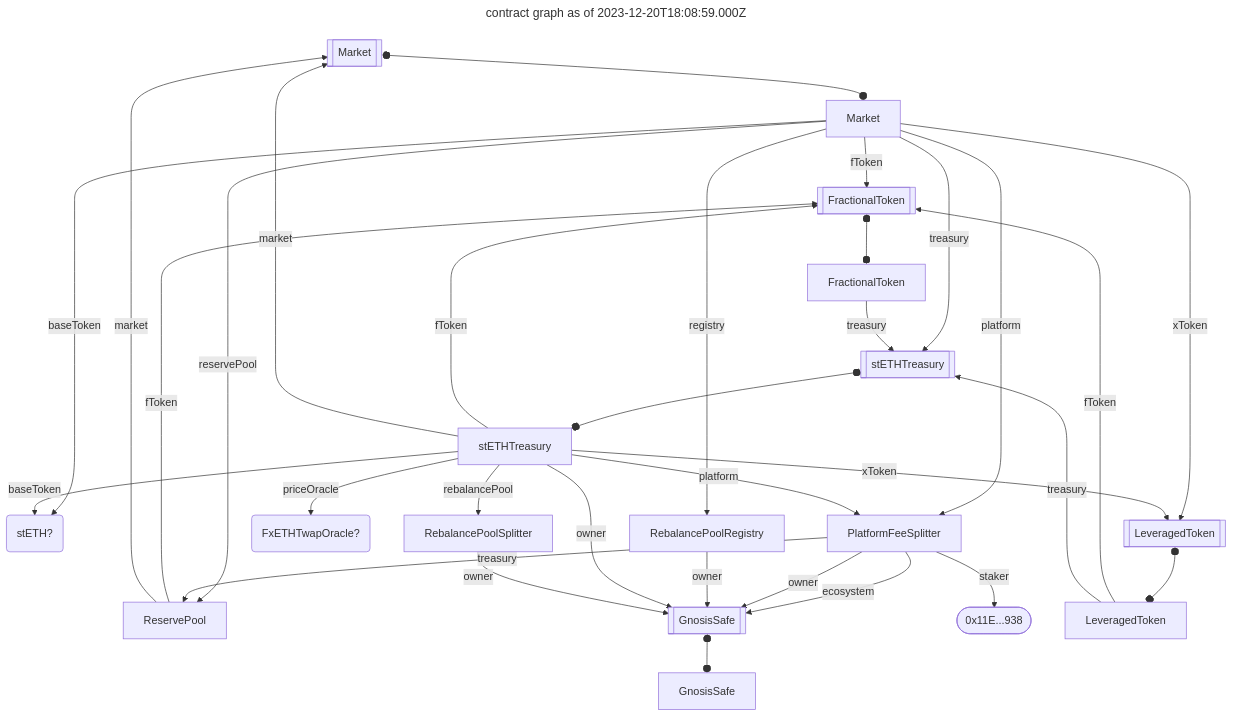
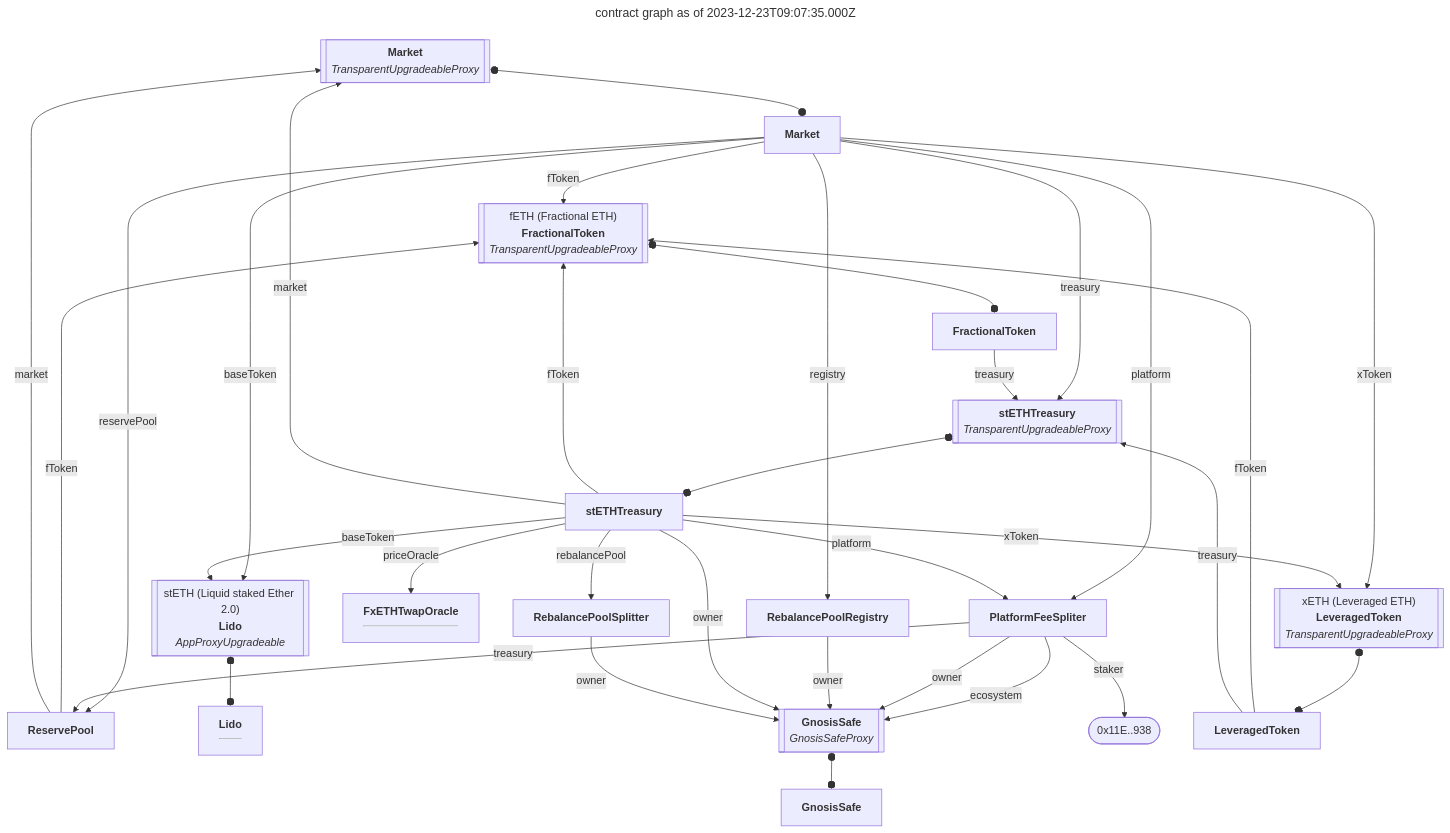
Before and after one commit to rootminus0x1/eat: the diagram in graph.md, drawn with Mermaid. The commit also changed 1 other file, not shown here.

Commit message:
added etherscan http data and erc20 names/symbols

````diff
--- a/graph.md
+++ b/graph.md
@@ -1,12 +1,12 @@
 ```mermaid
 ---
-title: contract graph as of 2023-12-20T18:08:59.000Z
+title: contract graph as of 2023-12-23T09:07:35.000Z
 ---
 flowchart TB
 
-0xe7b9c7c9cA85340b8c06fb805f7775e3015108dB[[Market]]:::contract
+0xe7b9c7c9cA85340b8c06fb805f7775e3015108dB[["<b>Market</b><br><i>TransparentUpgradeableProxy</i>"]]:::contract
 click 0xe7b9c7c9cA85340b8c06fb805f7775e3015108dB "https://etherscan.io/address/0xe7b9c7c9cA85340b8c06fb805f7775e3015108dB#code"
-0x679de4a3836d916fc86c6d9944c98a694f68adb4[Market]:::contract
+0x679de4a3836d916fc86c6d9944c98a694f68adb4["<b>Market</b>"]:::contract
 click 0x679de4a3836d916fc86c6d9944c98a694f68adb4 "https://etherscan.io/address/0x679de4a3836d916fc86c6d9944c98a694f68adb4#code"
 0xe7b9c7c9cA85340b8c06fb805f7775e3015108dB o--o 0x679de4a3836d916fc86c6d9944c98a694f68adb4
 
@@ -24,18 +24,21 @@
 
 0x679de4a3836d916fc86c6d9944c98a694f68adb4 -- xToken --> 0xe063F04f280c60aECa68b38341C2eEcBeC703ae2
 
-0xae7ab96520DE3A18E5e111B5EaAb095312D7fE84(stETH?):::address
-click 0xae7ab96520DE3A18E5e111B5EaAb095312D7fE84 "https://etherscan.io/address/0xae7ab96520DE3A18E5e111B5EaAb095312D7fE84"
+0xae7ab96520DE3A18E5e111B5EaAb095312D7fE84[["stETH (Liquid staked Ether 2.0)<br><b>Lido</b><br><i>AppProxyUpgradeable</i>"]]:::contract
+click 0xae7ab96520DE3A18E5e111B5EaAb095312D7fE84 "https://etherscan.io/address/0xae7ab96520DE3A18E5e111B5EaAb095312D7fE84#code"
+0x17144556fd3424edc8fc8a4c940b2d04936d17eb["<b>Lido</b><br><hr>"]:::contract
+click 0x17144556fd3424edc8fc8a4c940b2d04936d17eb "https://etherscan.io/address/0x17144556fd3424edc8fc8a4c940b2d04936d17eb#code"
+0xae7ab96520DE3A18E5e111B5EaAb095312D7fE84 o--o 0x17144556fd3424edc8fc8a4c940b2d04936d17eb
 
-0x53805A76E1f5ebbFE7115F16f9c87C2f7e633726[[FractionalToken]]:::contract
+0x53805A76E1f5ebbFE7115F16f9c87C2f7e633726[["fETH (Fractional ETH)<br><b>FractionalToken</b><br><i>TransparentUpgradeableProxy</i>"]]:::contract
 click 0x53805A76E1f5ebbFE7115F16f9c87C2f7e633726 "https://etherscan.io/address/0x53805A76E1f5ebbFE7115F16f9c87C2f7e633726#code"
-0x2a906eab9b088e6753670bc8d3840f9473745748[FractionalToken]:::contract
+0x2a906eab9b088e6753670bc8d3840f9473745748["<b>FractionalToken</b>"]:::contract
 click 0x2a906eab9b088e6753670bc8d3840f9473745748 "https://etherscan.io/address/0x2a906eab9b088e6753670bc8d3840f9473745748#code"
 0x53805A76E1f5ebbFE7115F16f9c87C2f7e633726 o--o 0x2a906eab9b088e6753670bc8d3840f9473745748
 
 0x2a906eab9b088e6753670bc8d3840f9473745748 -- treasury --> 0x0e5CAA5c889Bdf053c9A76395f62267E653AFbb0
 
-0x0084C2e1B1823564e597Ff4848a88D61ac63D703[PlatformFeeSplitter]:::contract
+0x0084C2e1B1823564e597Ff4848a88D61ac63D703["<b>PlatformFeeSpliter</b>"]:::contract
 click 0x0084C2e1B1823564e597Ff4848a88D61ac63D703 "https://etherscan.io/address/0x0084C2e1B1823564e597Ff4848a88D61ac63D703#code"
 
 0x0084C2e1B1823564e597Ff4848a88D61ac63D703 -- ecosystem --> 0x26B2ec4E02ebe2F54583af25b647b1D619e67BbF
@@ -46,21 +49,21 @@
 
 0x0084C2e1B1823564e597Ff4848a88D61ac63D703 -- treasury --> 0x5d0Aacf75116d1645Db2B3d1Ca4b303ef0CA3752
 
-0x4eEfea49e4D876599765d5375cF7314cD14C9d38[RebalancePoolRegistry]:::contract
+0x4eEfea49e4D876599765d5375cF7314cD14C9d38["<b>RebalancePoolRegistry</b>"]:::contract
 click 0x4eEfea49e4D876599765d5375cF7314cD14C9d38 "https://etherscan.io/address/0x4eEfea49e4D876599765d5375cF7314cD14C9d38#code"
 
 0x4eEfea49e4D876599765d5375cF7314cD14C9d38 -- owner --> 0x26B2ec4E02ebe2F54583af25b647b1D619e67BbF
 
-0x5d0Aacf75116d1645Db2B3d1Ca4b303ef0CA3752[ReservePool]:::contract
+0x5d0Aacf75116d1645Db2B3d1Ca4b303ef0CA3752["<b>ReservePool</b>"]:::contract
 click 0x5d0Aacf75116d1645Db2B3d1Ca4b303ef0CA3752 "https://etherscan.io/address/0x5d0Aacf75116d1645Db2B3d1Ca4b303ef0CA3752#code"
 
 0x5d0Aacf75116d1645Db2B3d1Ca4b303ef0CA3752 -- fToken --> 0x53805A76E1f5ebbFE7115F16f9c87C2f7e633726
 
 0x5d0Aacf75116d1645Db2B3d1Ca4b303ef0CA3752 -- market --> 0xe7b9c7c9cA85340b8c06fb805f7775e3015108dB
 
-0x0e5CAA5c889Bdf053c9A76395f62267E653AFbb0[[stETHTreasury]]:::contract
+0x0e5CAA5c889Bdf053c9A76395f62267E653AFbb0[["<b>stETHTreasury</b><br><i>TransparentUpgradeableProxy</i>"]]:::contract
 click 0x0e5CAA5c889Bdf053c9A76395f62267E653AFbb0 "https://etherscan.io/address/0x0e5CAA5c889Bdf053c9A76395f62267E653AFbb0#code"
-0x969fcabb703052155c4cc3b24458e77b2d56b29a[stETHTreasury]:::contract
+0x969fcabb703052155c4cc3b24458e77b2d56b29a["<b>stETHTreasury</b>"]:::contract
 click 0x969fcabb703052155c4cc3b24458e77b2d56b29a "https://etherscan.io/address/0x969fcabb703052155c4cc3b24458e77b2d56b29a#code"
 0x0e5CAA5c889Bdf053c9A76395f62267E653AFbb0 o--o 0x969fcabb703052155c4cc3b24458e77b2d56b29a
 
@@ -80,9 +83,9 @@
 
 0x969fcabb703052155c4cc3b24458e77b2d56b29a -- xToken --> 0xe063F04f280c60aECa68b38341C2eEcBeC703ae2
 
-0xe063F04f280c60aECa68b38341C2eEcBeC703ae2[[LeveragedToken]]:::contract
+0xe063F04f280c60aECa68b38341C2eEcBeC703ae2[["xETH (Leveraged ETH)<br><b>LeveragedToken</b><br><i>TransparentUpgradeableProxy</i>"]]:::contract
 click 0xe063F04f280c60aECa68b38341C2eEcBeC703ae2 "https://etherscan.io/address/0xe063F04f280c60aECa68b38341C2eEcBeC703ae2#code"
-0x92d0cb7e56806bf977e7f5296ea2fe84b475fe83[LeveragedToken]:::contract
+0x92d0cb7e56806bf977e7f5296ea2fe84b475fe83["<b>LeveragedToken</b>"]:::contract
 click 0x92d0cb7e56806bf977e7f5296ea2fe84b475fe83 "https://etherscan.io/address/0x92d0cb7e56806bf977e7f5296ea2fe84b475fe83#code"
 0xe063F04f280c60aECa68b38341C2eEcBeC703ae2 o--o 0x92d0cb7e56806bf977e7f5296ea2fe84b475fe83
 
@@ -90,22 +93,22 @@
 
 0x92d0cb7e56806bf977e7f5296ea2fe84b475fe83 -- treasury --> 0x0e5CAA5c889Bdf053c9A76395f62267E653AFbb0
 
-0xa84360896cE9152d1780c546305BB54125F962d9(FxETHTwapOracle?):::address
-click 0xa84360896cE9152d1780c546305BB54125F962d9 "https://etherscan.io/address/0xa84360896cE9152d1780c546305BB54125F962d9"
+0x26B2ec4E02ebe2F54583af25b647b1D619e67BbF[["<b>GnosisSafe</b><br><i>GnosisSafeProxy</i>"]]:::contract
+click 0x26B2ec4E02ebe2F54583af25b647b1D619e67BbF "https://etherscan.io/address/0x26B2ec4E02ebe2F54583af25b647b1D619e67BbF#code"
+0xd9db270c1b5e3bd161e8c8503c55ceabee709552["<b>GnosisSafe</b>"]:::contract
+click 0xd9db270c1b5e3bd161e8c8503c55ceabee709552 "https://etherscan.io/address/0xd9db270c1b5e3bd161e8c8503c55ceabee709552#code"
+0x26B2ec4E02ebe2F54583af25b647b1D619e67BbF o--o 0xd9db270c1b5e3bd161e8c8503c55ceabee709552
 
-0x79c5f5b0753acE25ecdBdA4c2Bc86Ab074B6c2Bb[RebalancePoolSplitter]:::contract
+0x11E91BB6d1334585AA37D8F4fde3932C7960B938(["0x11E..938"]):::address
+click 0x11E91BB6d1334585AA37D8F4fde3932C7960B938 "https://etherscan.io/address/0x11E91BB6d1334585AA37D8F4fde3932C7960B938"
+
+0xa84360896cE9152d1780c546305BB54125F962d9["<b>FxETHTwapOracle</b><br><hr>"]:::contract
+click 0xa84360896cE9152d1780c546305BB54125F962d9 "https://etherscan.io/address/0xa84360896cE9152d1780c546305BB54125F962d9#code"
+
+0x79c5f5b0753acE25ecdBdA4c2Bc86Ab074B6c2Bb["<b>RebalancePoolSplitter</b>"]:::contract
 click 0x79c5f5b0753acE25ecdBdA4c2Bc86Ab074B6c2Bb "https://etherscan.io/address/0x79c5f5b0753acE25ecdBdA4c2Bc86Ab074B6c2Bb#code"
 
 0x79c5f5b0753acE25ecdBdA4c2Bc86Ab074B6c2Bb -- owner --> 0x26B2ec4E02ebe2F54583af25b647b1D619e67BbF
 
-0x26B2ec4E02ebe2F54583af25b647b1D619e67BbF[[GnosisSafe]]:::contract
-click 0x26B2ec4E02ebe2F54583af25b647b1D619e67BbF "https://etherscan.io/address/0x26B2ec4E02ebe2F54583af25b647b1D619e67BbF#code"
-0xd9db270c1b5e3bd161e8c8503c55ceabee709552[GnosisSafe]:::contract
-click 0xd9db270c1b5e3bd161e8c8503c55ceabee709552 "https://etherscan.io/address/0xd9db270c1b5e3bd161e8c8503c55ceabee709552#code"
-0x26B2ec4E02ebe2F54583af25b647b1D619e67BbF o--o 0xd9db270c1b5e3bd161e8c8503c55ceabee709552
-
-0x11E91BB6d1334585AA37D8F4fde3932C7960B938([0x11E...938]):::address
-click 0x11E91BB6d1334585AA37D8F4fde3932C7960B938 "https://etherscan.io/address/0x11E91BB6d1334585AA37D8F4fde3932C7960B938"
-
 
 ```
````
